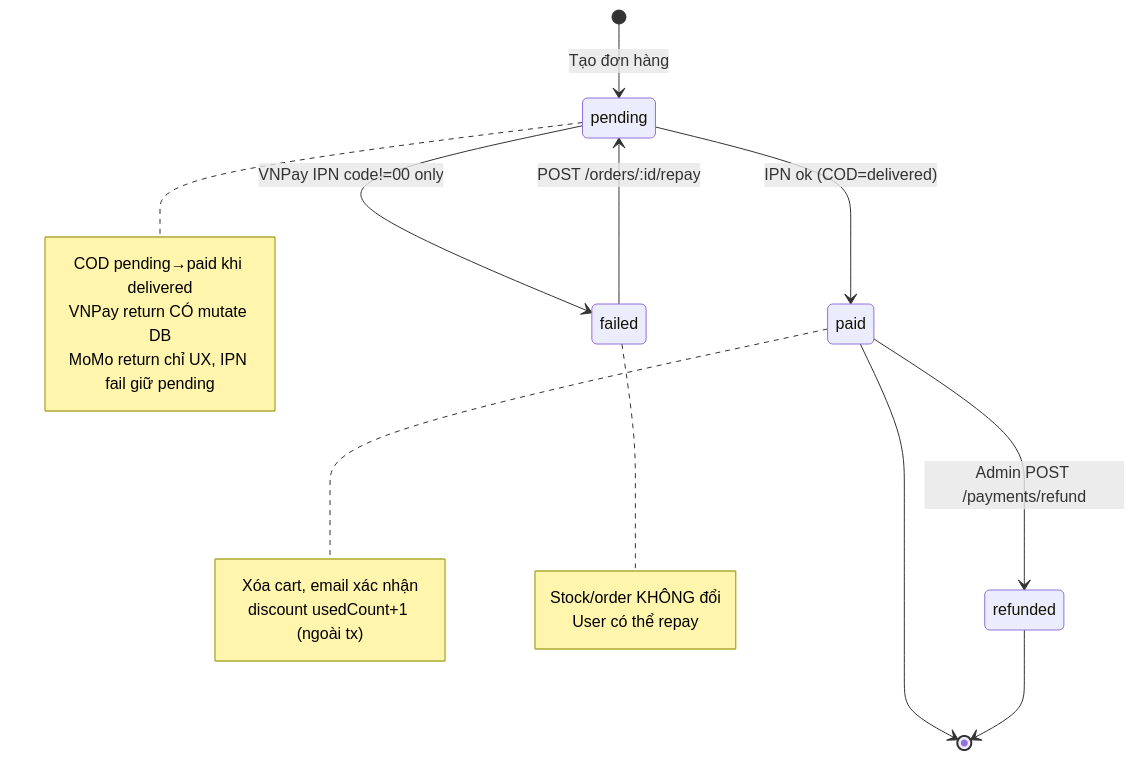
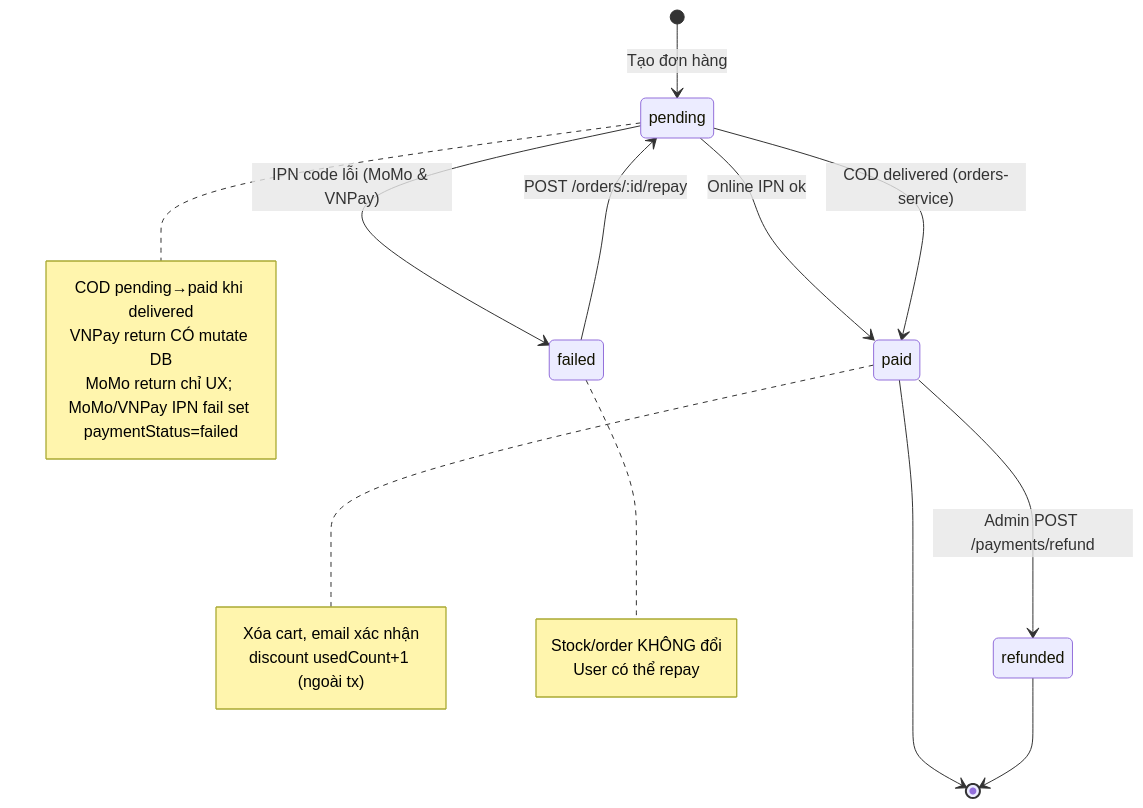
Before and after one commit to MinhThang1009/E-commerce-website: diagram 41 of 47 in DIAGRAMS.md, drawn with Mermaid. The commit also changed other lines of this file and 9 other files, not shown here.

First line of the commit message:
docs: đồng bộ tài liệu RAG pipeline + diagram với codebase

````diff
--- a/DIAGRAMS.md
+++ b/DIAGRAMS.md
@@ -1723,33 +1731,35 @@
 ```mermaid
 stateDiagram-v2
     direction TB
     [*] --> pending : Tạo đơn hàng
 
-    pending --> paid : IPN ok (COD=delivered)
+    pending --> paid : Online IPN ok
 
-    pending --> failed : VNPay IPN code!=00 only
+    pending --> paid : COD delivered (orders-service)
+
+    pending --> failed : IPN code lỗi (MoMo & VNPay)
 
     failed --> pending : POST /orders/:id/repay
 
     paid --> refunded : Admin POST /payments/refund
 
     paid --> [*]
 
     refunded --> [*]
 
     note right of pending
         COD pending→paid khi delivered
         VNPay return CÓ mutate DB
-        MoMo return chỉ UX, IPN fail giữ pending
+        MoMo return chỉ UX; MoMo/VNPay IPN fail set paymentStatus=failed
     end note
 
     note right of paid
         Xóa cart, email xác nhận
         discount usedCount+1 (ngoài tx)
     end note
 
     note right of failed
         Stock/order KHÔNG đổi
         User có thể repay
     end note
 ```
````
